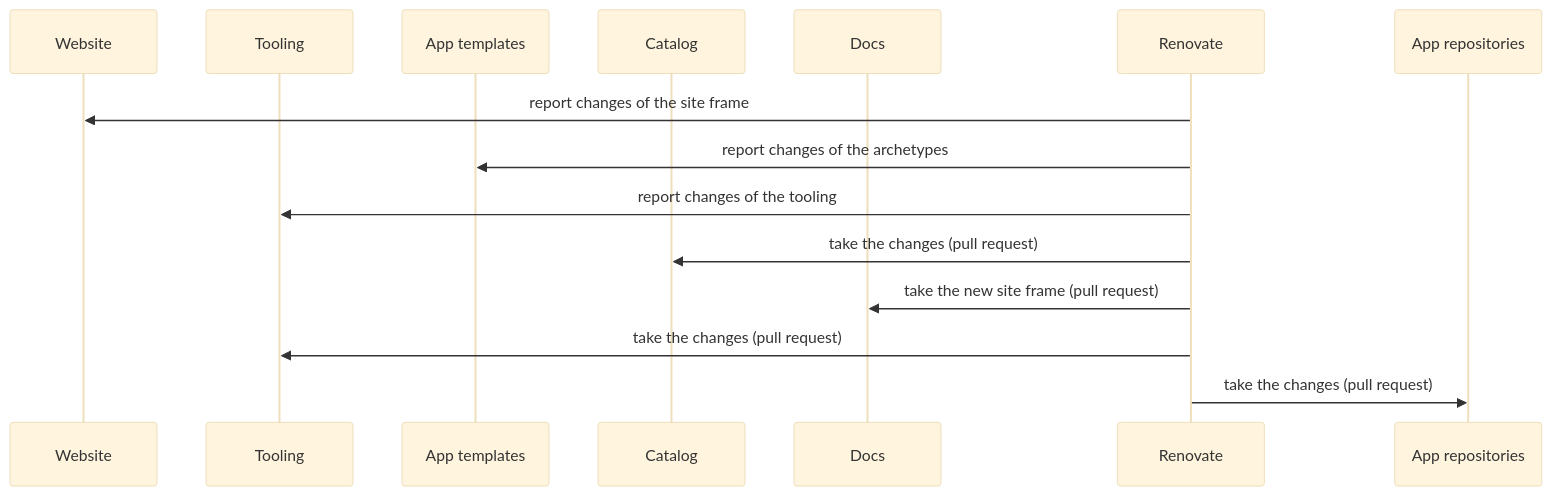
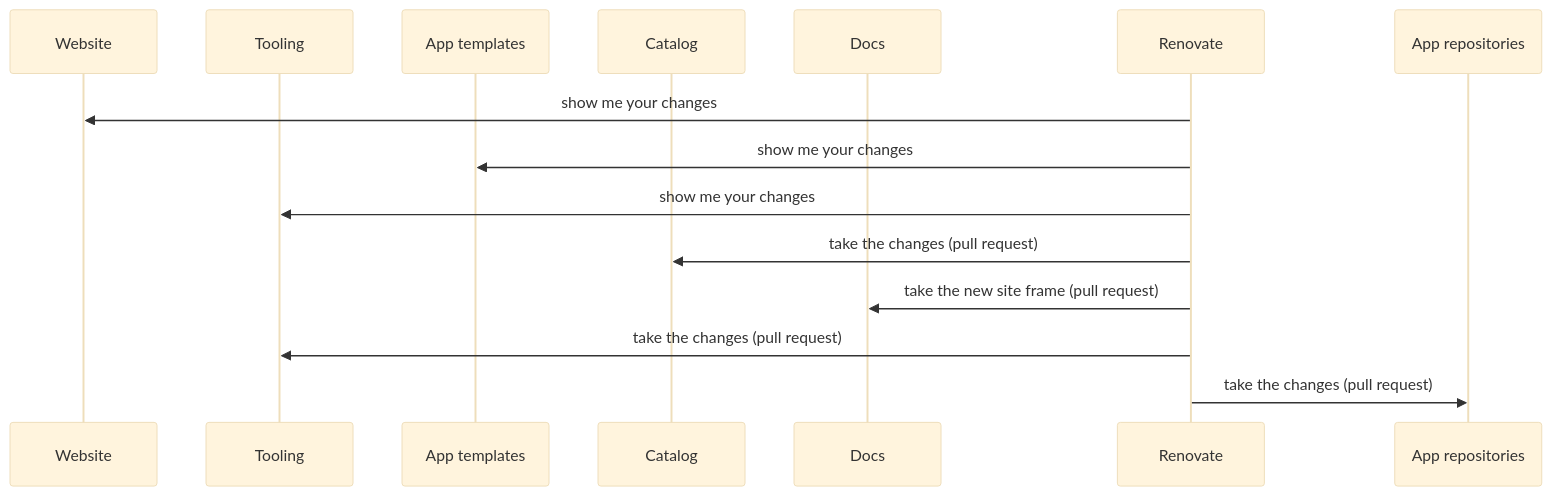
The fifth of 6 diagrams in docs/arc42/06-runtime-view.arc42.md (lernapps/docs), drawn with Mermaid (base theme) before and after one commit. The commit also changed other lines of this file and 2 other files, not shown here.

````diff
--- a/docs/arc42/06-runtime-view.arc42.md
+++ b/docs/arc42/06-runtime-view.arc42.md
@@ -204,17 +204,17 @@
 ```mermaid
 sequenceDiagram
     participant website as Website
     participant tooling as Tooling
     participant templates as App templates
     participant catalog as Catalog
     participant docs as Docs
     participant renovate as Renovate
     participant apps as App repositories
-    renovate->>website: report changes of the site frame
-    renovate->>templates: report changes of the archetypes
-    renovate->>tooling: report changes of the tooling
+    renovate->>website: show me your changes
+    renovate->>templates: show me your changes
+    renovate->>tooling: show me your changes
     renovate->>catalog: take the changes (pull request)
     renovate->>docs: take the new site frame (pull request)
     renovate->>tooling: take the changes (pull request)
     renovate->>apps: take the changes (pull request)
 ```
````
